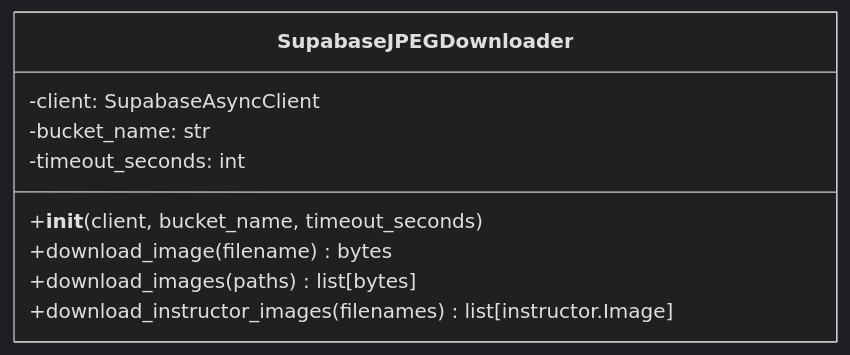
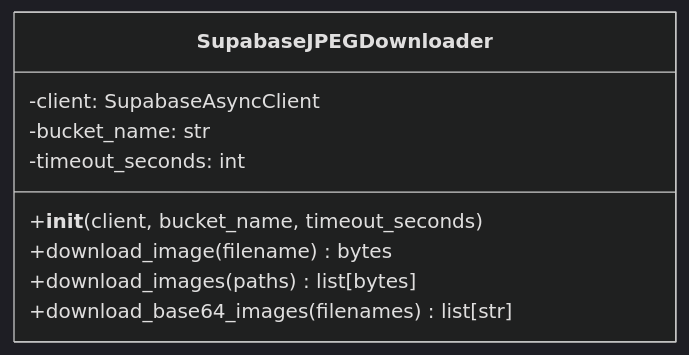
One commit to akosgintl/colpali-rag-app changed the fourth of 4 diagrams in docs/modules/services.md. Above: the diagram before and after it, drawn with Mermaid (dark theme). The commit also changed other lines of this file and 35 other files, not shown here.

````diff
--- a/docs/modules/services.md
+++ b/docs/modules/services.md
@@ -167,13 +167,13 @@
 ```mermaid
 classDiagram
     class SupabaseJPEGDownloader {
         -client: SupabaseAsyncClient
         -bucket_name: str
         -timeout_seconds: int
 
         +__init__(client, bucket_name, timeout_seconds)
         +download_image(filename) bytes
         +download_images(paths) list[bytes]
-        +download_instructor_images(filenames) list[instructor.Image]
+        +download_base64_images(filenames) list[str]
     }
 ```
````
